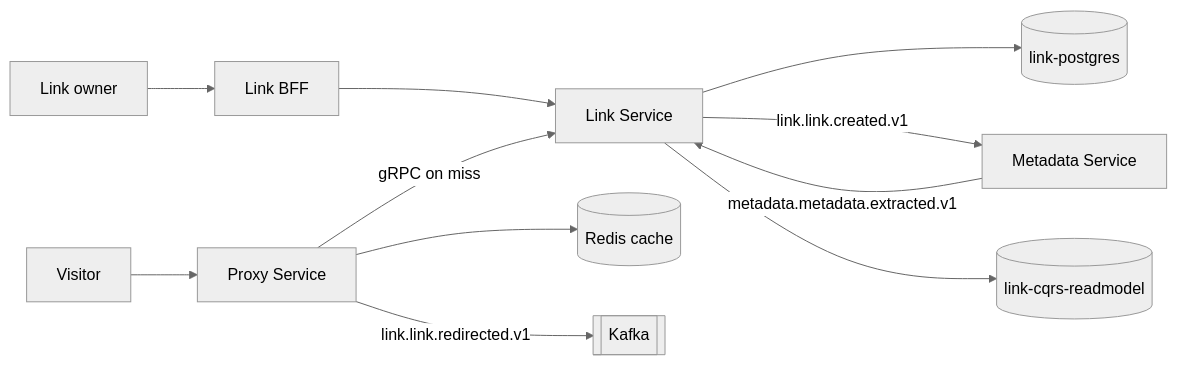
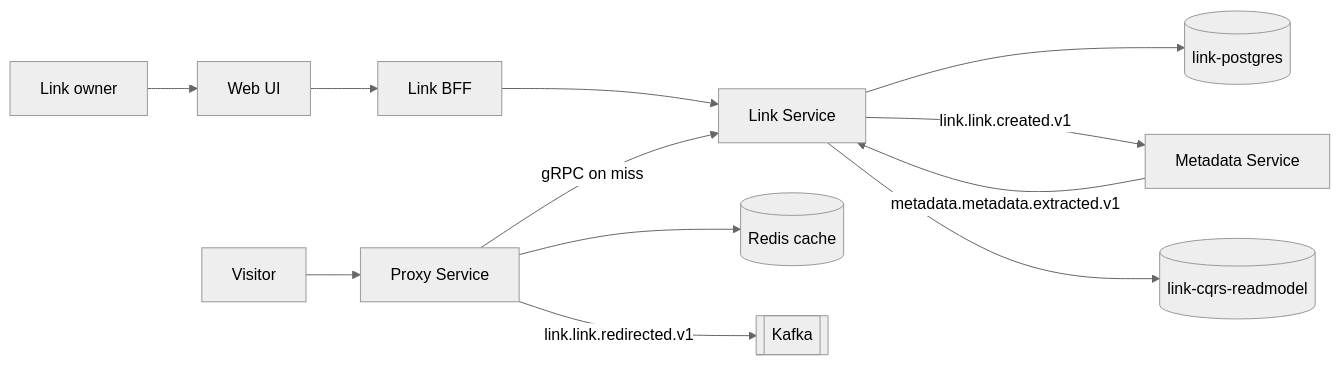
One commit to shortlink-org/architecture changed the diagram in domains/Link/index.mdx. Above: the diagram before and after it, drawn with Mermaid (neutral theme). The commit also changed other lines of this file and 6 other files, not shown here.

````diff
--- a/domains/Link/index.mdx
+++ b/domains/Link/index.mdx
@@ -53,14 +55,15 @@
 ```mermaid
 flowchart LR
-    O[Link owner] --> BFF[Link BFF]
+    O[Link owner] --> W[Web UI]
+    W --> BFF[Link BFF]
     BFF --> LS[Link Service]
     LS --> PG[("link-postgres")]
     LS -->|"link.link.created.v1"| MS[Metadata Service]
     MS -->|"metadata.metadata.extracted.v1"| LS
     LS --> RM[("link-cqrs-readmodel")]
 
     V[Visitor] --> PX[Proxy Service]
     PX --> RC[("Redis cache")]
     PX -->|"gRPC on miss"| LS
     PX -->|"link.link.redirected.v1"| K[["Kafka"]]
 ```
````
